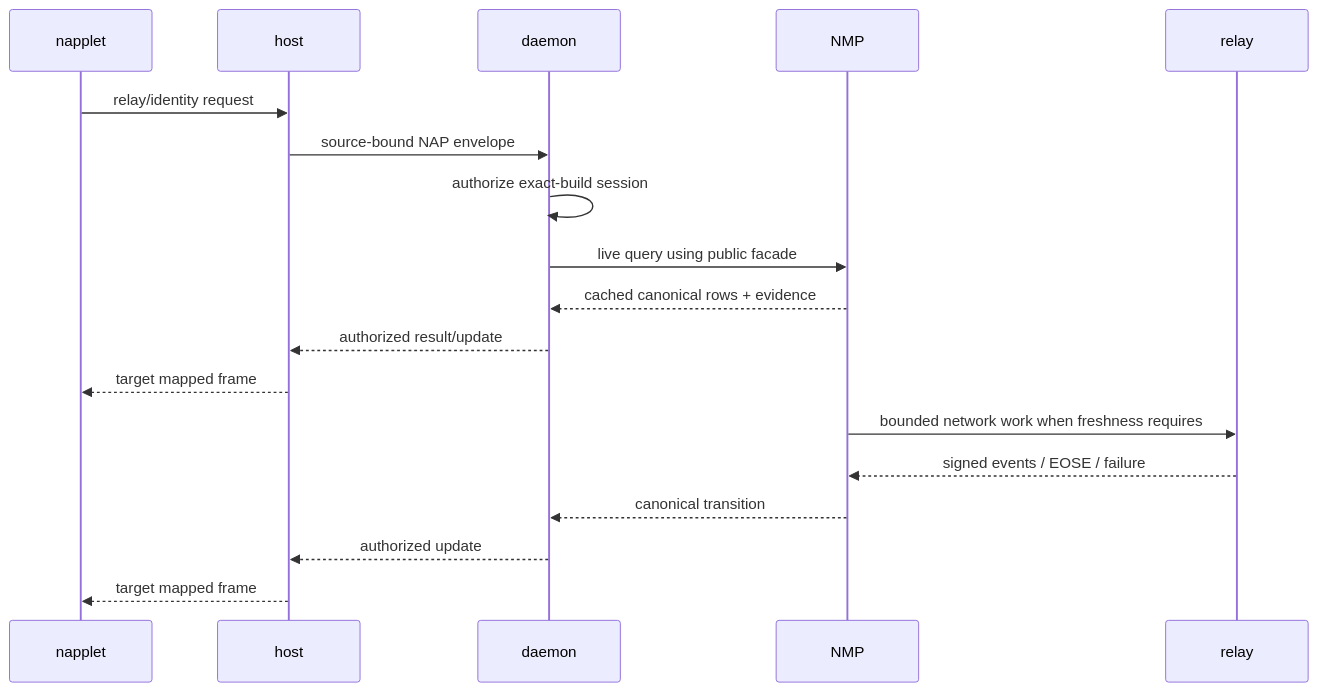
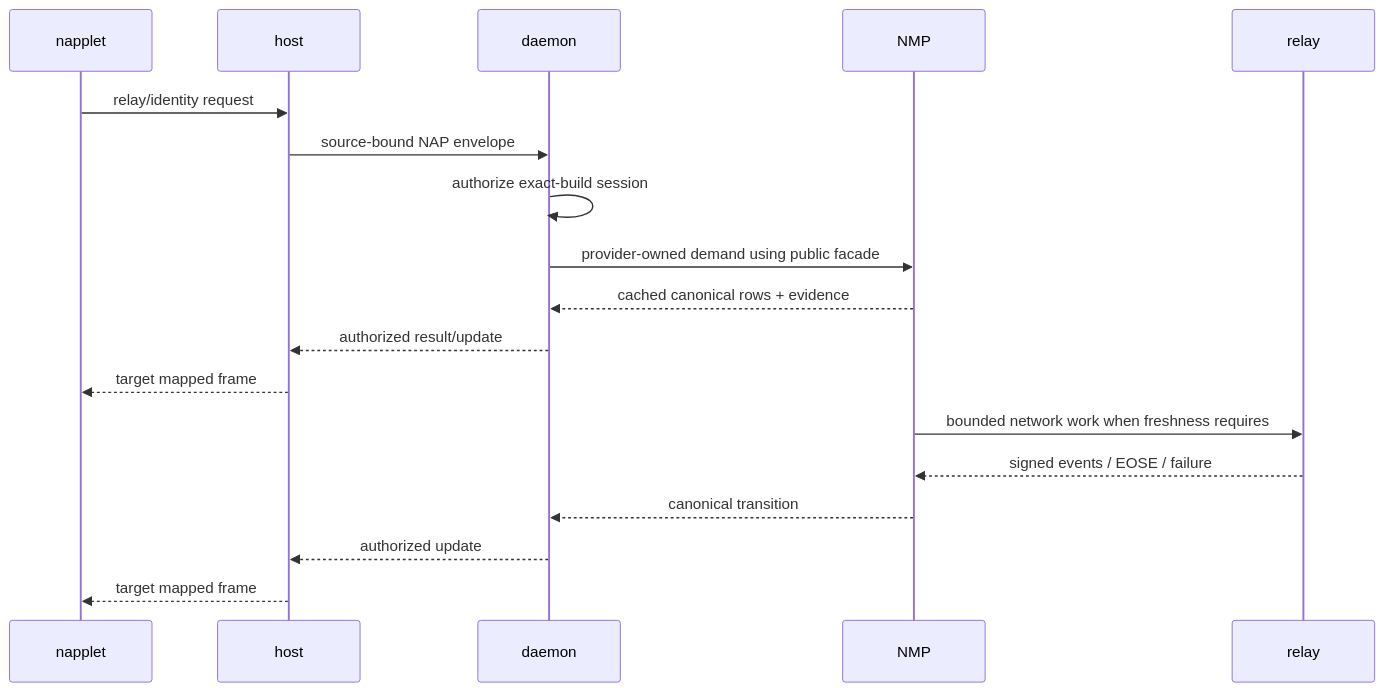
One commit to jodobear/uzel changed the fourth of 5 diagrams in uzel-poc-validated-pack/docs/02-architecture.md. Above: the diagram before and after it, drawn with Mermaid. The commit also changed other lines of this file and 26 other files, not shown here.

````diff
--- a/uzel-poc-validated-pack/docs/02-architecture.md
+++ b/uzel-poc-validated-pack/docs/02-architecture.md
@@ -105,21 +125,21 @@
 ```mermaid
 sequenceDiagram
     participant N as napplet
     participant H as host
     participant D as daemon
     participant M as NMP
     participant R as relay
 
     N->>H: relay/identity request
     H->>D: source-bound NAP envelope
     D->>D: authorize exact-build session
-    D->>M: live query using public facade
+    D->>M: provider-owned demand using public facade
     M-->>D: cached canonical rows + evidence
     D-->>H: authorized result/update
     H-->>N: target mapped frame
     M->>R: bounded network work when freshness requires
     R-->>M: signed events / EOSE / failure
     M-->>D: canonical transition
     D-->>H: authorized update
     H-->>N: target mapped frame
 ```
````
